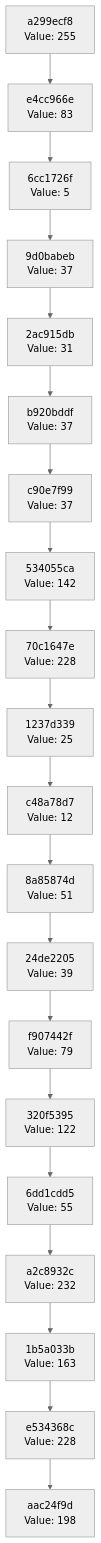
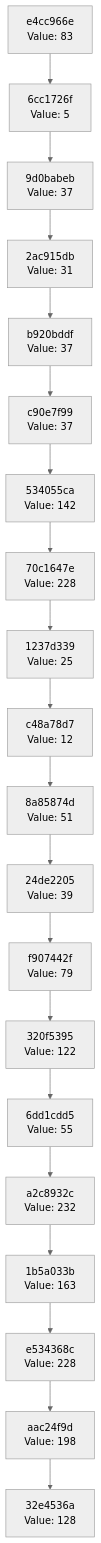
One commit to Abhisheksinha1506/hash-chain-evolver changed the diagram in docs/CHAIN_VISUALIZATION.md. Above: the diagram before and after it, drawn with Mermaid (neutral theme). The commit also changed 2 other files, not shown here.

Commit message:
Evolution Step

````diff
--- a/docs/CHAIN_VISUALIZATION.md
+++ b/docs/CHAIN_VISUALIZATION.md
@@ -3,42 +3,42 @@
 ```mermaid
 graph TD
-    C0["aac24f9d<br/>Value: 198"]
-    C1["e534368c<br/>Value: 228"]
+    C0["32e4536a<br/>Value: 128"]
+    C1["aac24f9d<br/>Value: 198"]
     C1 --> C0
-    C2["1b5a033b<br/>Value: 163"]
+    C2["e534368c<br/>Value: 228"]
     C2 --> C1
-    C3["a2c8932c<br/>Value: 232"]
+    C3["1b5a033b<br/>Value: 163"]
     C3 --> C2
-    C4["6dd1cdd5<br/>Value: 55"]
+    C4["a2c8932c<br/>Value: 232"]
     C4 --> C3
-    C5["320f5395<br/>Value: 122"]
+    C5["6dd1cdd5<br/>Value: 55"]
     C5 --> C4
-    C6["f907442f<br/>Value: 79"]
+    C6["320f5395<br/>Value: 122"]
     C6 --> C5
-    C7["24de2205<br/>Value: 39"]
+    C7["f907442f<br/>Value: 79"]
     C7 --> C6
-    C8["8a85874d<br/>Value: 51"]
+    C8["24de2205<br/>Value: 39"]
     C8 --> C7
-    C9["c48a78d7<br/>Value: 12"]
+    C9["8a85874d<br/>Value: 51"]
     C9 --> C8
-    C10["1237d339<br/>Value: 25"]
+    C10["c48a78d7<br/>Value: 12"]
     C10 --> C9
-    C11["70c1647e<br/>Value: 228"]
+    C11["1237d339<br/>Value: 25"]
     C11 --> C10
-    C12["534055ca<br/>Value: 142"]
+    C12["70c1647e<br/>Value: 228"]
     C12 --> C11
-    C13["c90e7f99<br/>Value: 37"]
+    C13["534055ca<br/>Value: 142"]
     C13 --> C12
-    C14["b920bddf<br/>Value: 37"]
+    C14["c90e7f99<br/>Value: 37"]
     C14 --> C13
-    C15["2ac915db<br/>Value: 31"]
+    C15["b920bddf<br/>Value: 37"]
     C15 --> C14
-    C16["9d0babeb<br/>Value: 37"]
+    C16["2ac915db<br/>Value: 31"]
     C16 --> C15
-    C17["6cc1726f<br/>Value: 5"]
+    C17["9d0babeb<br/>Value: 37"]
     C17 --> C16
-    C18["e4cc966e<br/>Value: 83"]
+    C18["6cc1726f<br/>Value: 5"]
     C18 --> C17
-    C19["a299ecf8<br/>Value: 255"]
+    C19["e4cc966e<br/>Value: 83"]
     C19 --> C18
 ```
````
